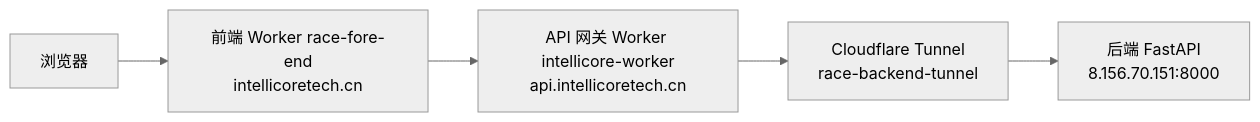
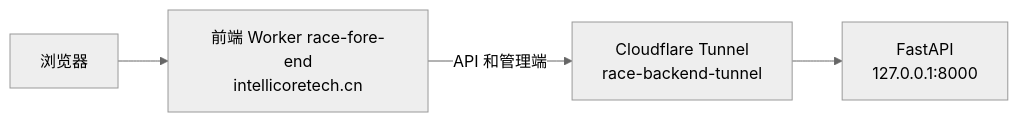
One commit to lizhengyi3003/race2-fore-end changed the diagram in README.md. Above: the diagram before and after it, drawn with Mermaid (neutral theme). The commit also changed other lines of this file and 3 other files, not shown here.

````diff
--- a/README.md
+++ b/README.md
@@ -106,7 +104,6 @@
 ```mermaid
 flowchart LR
     U[浏览器] --> F["前端 Worker race-fore-end<br/>intellicoretech.cn"]
-    F --> G["API 网关 Worker intellicore-worker<br/>api.intellicoretech.cn"]
-    G --> T["Cloudflare Tunnel<br/>race-backend-tunnel"]
-    T --> B["后端 FastAPI<br/>8.156.70.151:8000"]
+    F -->|API 和管理端| T["Cloudflare Tunnel<br/>race-backend-tunnel"]
+    T --> B["FastAPI<br/>127.0.0.1:8000"]
 ```
````
